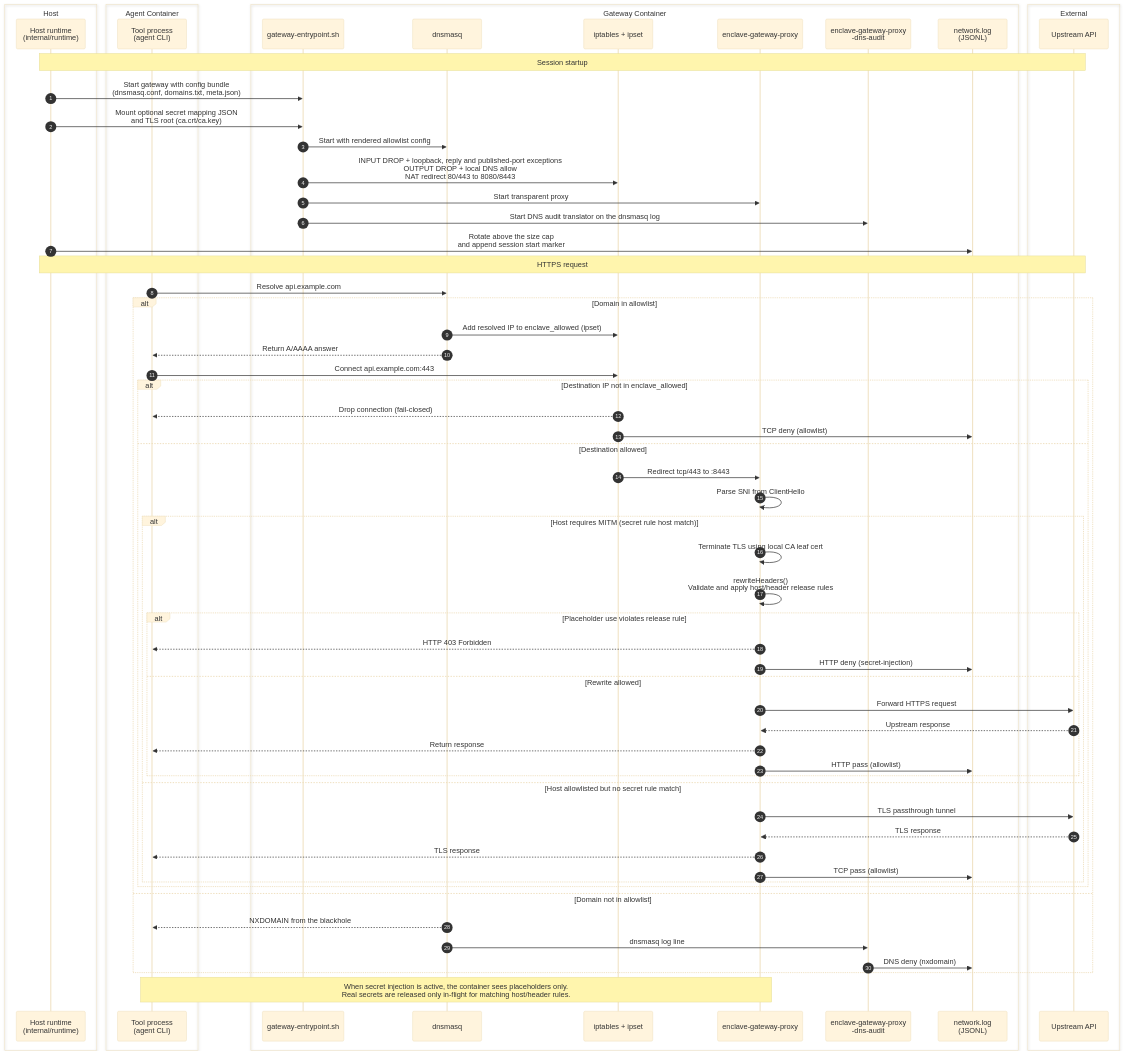
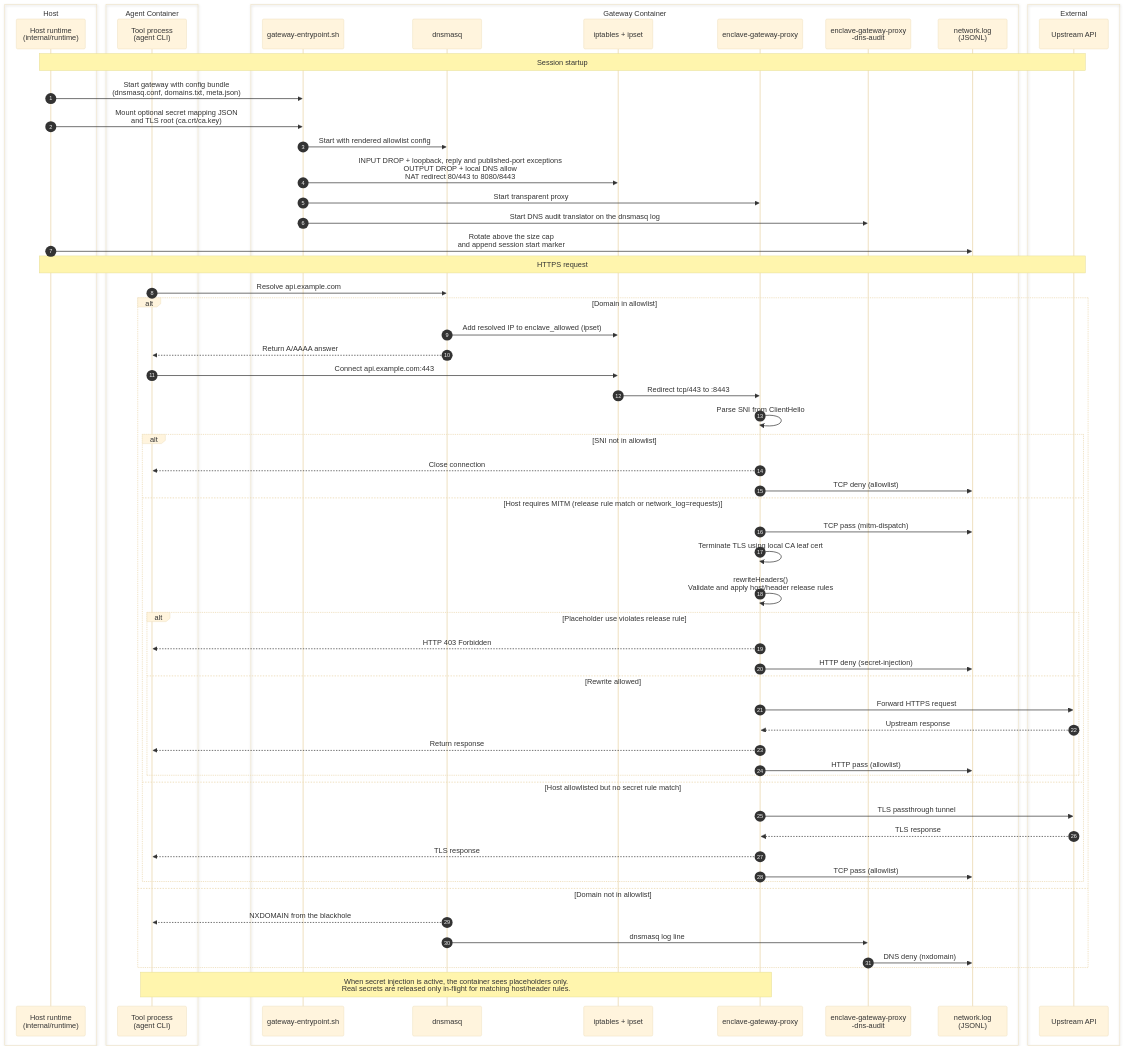
One commit to eclipse-enclave/enclave changed the diagram in docs/runtime/network-request-flow.md. Above: the diagram before and after it, drawn with Mermaid (base theme). The commit also changed other lines of this file and 56 other files, not shown here.

````diff
--- a/docs/runtime/network-request-flow.md
+++ b/docs/runtime/network-request-flow.md
@@ -7,69 +8,68 @@
 ```mermaid
 sequenceDiagram
     autonumber
     box Host
         participant Host as Host runtime<br/>(internal/runtime)
     end
     box Agent Container
         participant Tool as Tool process<br/>(agent CLI)
     end
     box Gateway Container
         participant Entry as gateway-entrypoint.sh
         participant DNS as dnsmasq
         participant FW as iptables + ipset
         participant Proxy as enclave-gateway-proxy
         participant Audit as enclave-gateway-proxy<br/>-dns-audit
         participant Log as network.log<br/>(JSONL)
     end
     box External
         participant API as Upstream API
     end
 
     Note over Host,API: Session startup
     Host->>Entry: Start gateway with config bundle<br/>(dnsmasq.conf, domains.txt, meta.json)
     Host->>Entry: Mount optional secret mapping JSON<br/>and TLS root (ca.crt/ca.key)
     Entry->>DNS: Start with rendered allowlist config
     Entry->>FW: INPUT DROP + loopback, reply and published-port exceptions<br/>OUTPUT DROP + local DNS allow<br/>NAT redirect 80/443 to 8080/8443
     Entry->>Proxy: Start transparent proxy
     Entry->>Audit: Start DNS audit translator on the dnsmasq log
     Host->>Log: Rotate above the size cap<br/>and append session start marker
 
     Note over Host,API: HTTPS request
     Tool->>DNS: Resolve api.example.com
     alt Domain in allowlist
         DNS->>FW: Add resolved IP to enclave_allowed (ipset)
         DNS-->>Tool: Return A/AAAA answer
         Tool->>FW: Connect api.example.com:443
-        alt Destination IP not in enclave_allowed
-            FW-->>Tool: Drop connection (fail-closed)
-            FW->>Log: TCP deny (allowlist)
-        else Destination allowed
-            FW->>Proxy: Redirect tcp/443 to :8443
-            Proxy->>Proxy: Parse SNI from ClientHello
-            alt Host requires MITM (secret rule host match)
-                Proxy->>Proxy: Terminate TLS using local CA leaf cert
-                Proxy->>Proxy: rewriteHeaders()<br/>Validate and apply host/header release rules
-                alt Placeholder use violates release rule
-                    Proxy-->>Tool: HTTP 403 Forbidden
-                    Proxy->>Log: HTTP deny (secret-injection)
-                else Rewrite allowed
-                    Proxy->>API: Forward HTTPS request
-                    API-->>Proxy: Upstream response
-                    Proxy-->>Tool: Return response
-                    Proxy->>Log: HTTP pass (allowlist)
-                end
-            else Host allowlisted but no secret rule match
-                Proxy->>API: TLS passthrough tunnel
-                API-->>Proxy: TLS response
-                Proxy-->>Tool: TLS response
-                Proxy->>Log: TCP pass (allowlist)
+        FW->>Proxy: Redirect tcp/443 to :8443
+        Proxy->>Proxy: Parse SNI from ClientHello
+        alt SNI not in allowlist
+            Proxy-->>Tool: Close connection
+            Proxy->>Log: TCP deny (allowlist)
+        else Host requires MITM (release rule match or network_log=requests)
+            Proxy->>Log: TCP pass (mitm-dispatch)
+            Proxy->>Proxy: Terminate TLS using local CA leaf cert
+            Proxy->>Proxy: rewriteHeaders()<br/>Validate and apply host/header release rules
+            alt Placeholder use violates release rule
+                Proxy-->>Tool: HTTP 403 Forbidden
+                Proxy->>Log: HTTP deny (secret-injection)
+            else Rewrite allowed
+                Proxy->>API: Forward HTTPS request
+                API-->>Proxy: Upstream response
+                Proxy-->>Tool: Return response
+                Proxy->>Log: HTTP pass (allowlist)
             end
+        else Host allowlisted but no secret rule match
+            Proxy->>API: TLS passthrough tunnel
+            API-->>Proxy: TLS response
+            Proxy-->>Tool: TLS response
+            Proxy->>Log: TCP pass (allowlist)
         end
     else Domain not in allowlist
         DNS-->>Tool: NXDOMAIN from the blackhole
         DNS->>Audit: dnsmasq log line
         Audit->>Log: DNS deny (nxdomain)
     end
 
     Note over Tool,Proxy: When secret injection is active, the container sees placeholders only.<br/>Real secrets are released only in-flight for matching host/header rules.
 ```
````
